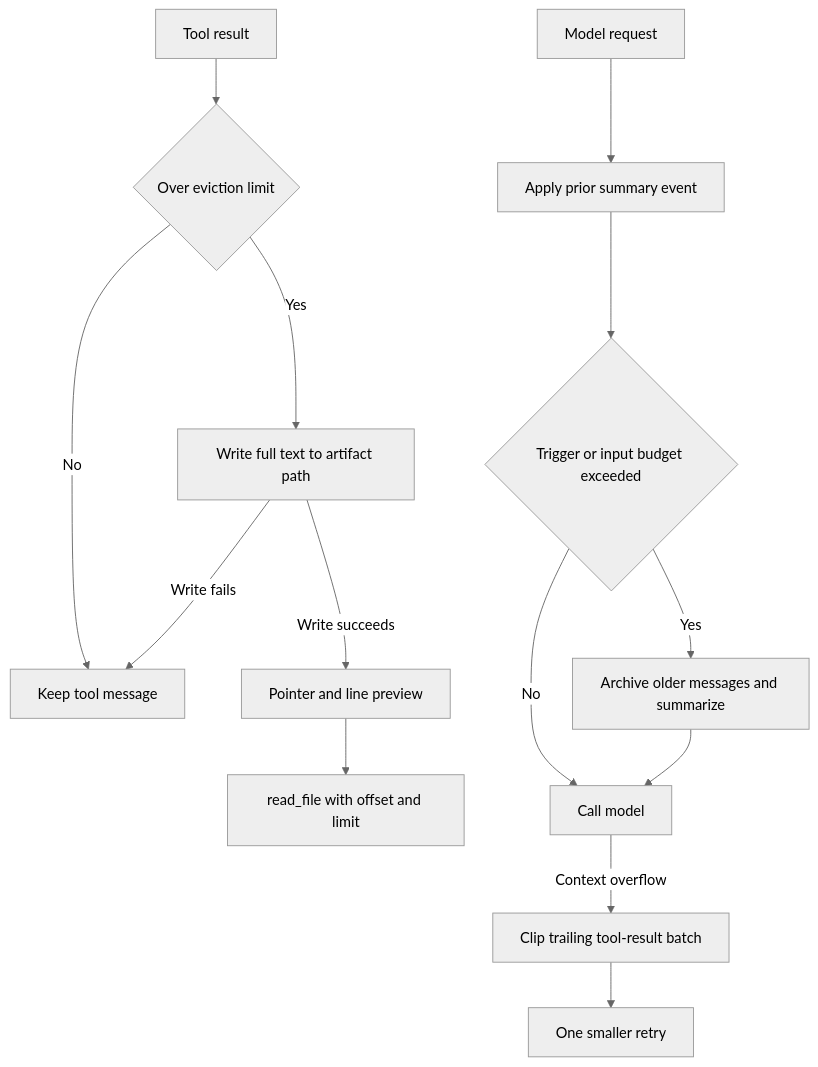
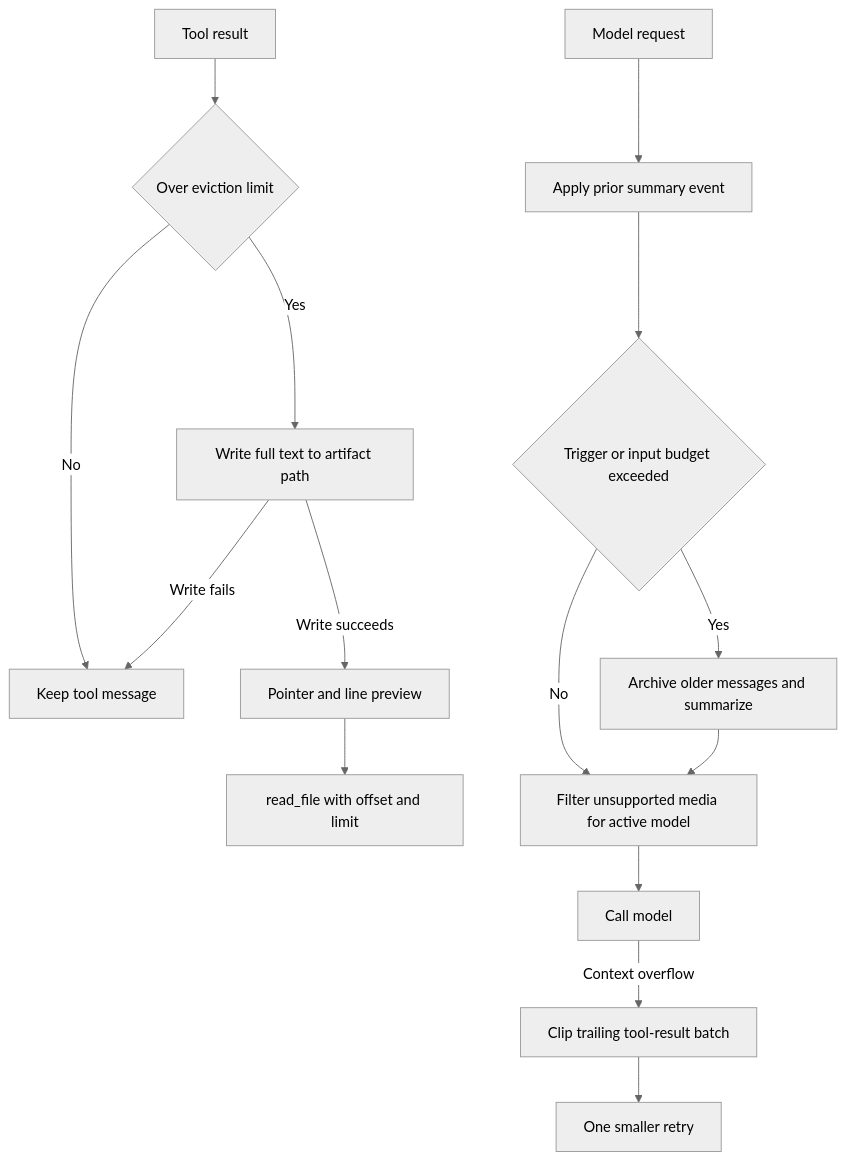
One commit to langchain-ai/deepagents changed the diagram in openwiki/concepts/context-management.md. Above: the diagram before and after it, drawn with Mermaid (neutral theme). The commit also changed other lines of this file and 55 other files, not shown here.

````diff
--- a/openwiki/concepts/context-management.md
+++ b/openwiki/concepts/context-management.md
@@ -39,16 +41,17 @@
 ```mermaid
 flowchart TD
     Result["Tool result"] --> ResultLimit{"Over eviction limit"}
     ResultLimit -->|No| KeepResult["Keep tool message"]
     ResultLimit -->|Yes| StoreResult["Write full text to artifact path"]
     StoreResult -->|Write fails| KeepResult
     StoreResult -->|Write succeeds| ResultStub["Pointer and line preview"]
     Request["Model request"] --> Effective["Apply prior summary event"]
     Effective --> Budget{"Trigger or input budget exceeded"}
-    Budget -->|No| Model["Call model"]
+    Budget -->|No| Filter["Filter unsupported media for active model"]
     Budget -->|Yes| Compact["Archive older messages and summarize"]
-    Compact --> Model
+    Compact --> Filter
+    Filter --> Model["Call model"]
     Model -->|Context overflow| Clip["Clip trailing tool-result batch"]
     Clip --> Retry["One smaller retry"]
     ResultStub --> Recover["read_file with offset and limit"]
 ```
````
